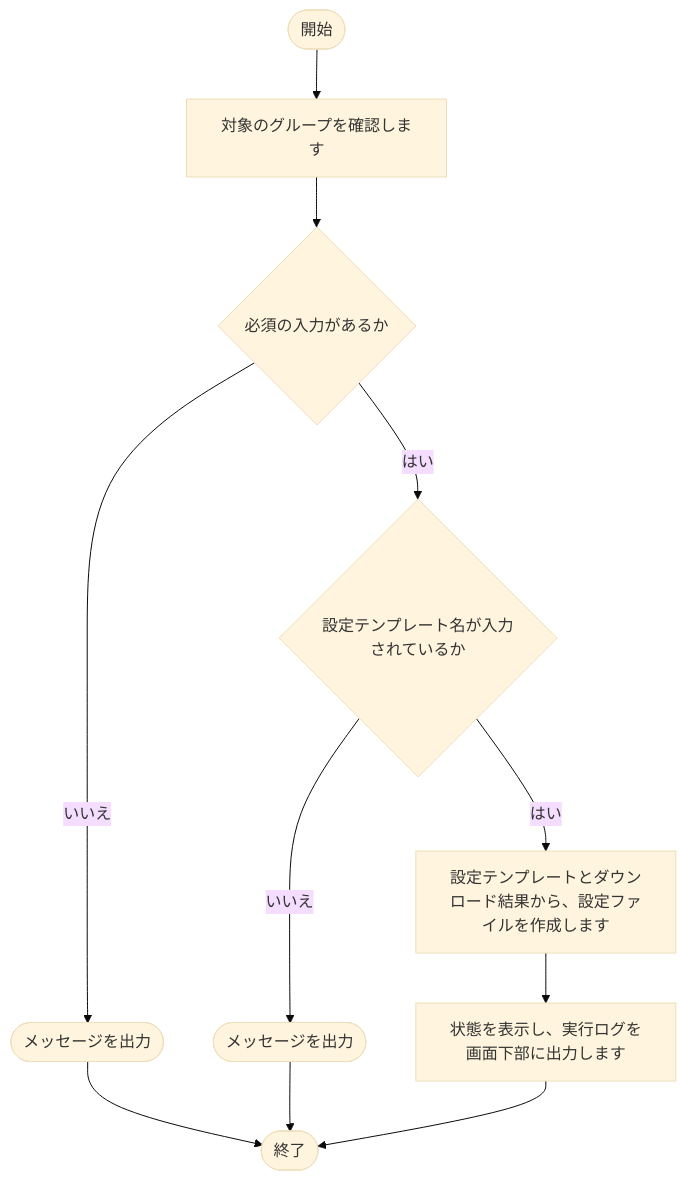
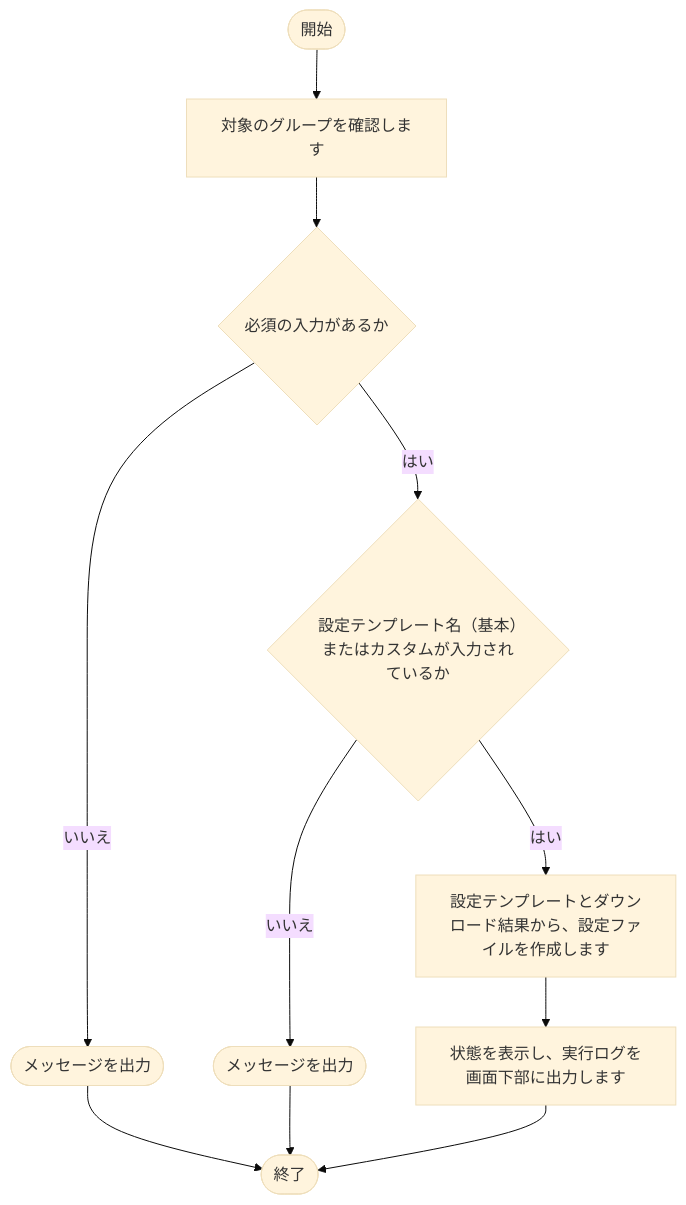
One commit to nishida2073/project_management changed the third of 15 diagrams in tool/kintone-resourse-generator/doc/02_設計/処理フロー.md. Above: the diagram before and after it, drawn with Mermaid (base theme). The commit also changed other lines of this file and 16 other files, not shown here.

````diff
--- a/tool/kintone-resourse-generator/doc/02_設計/処理フロー.md
+++ b/tool/kintone-resourse-generator/doc/02_設計/処理フロー.md
@@ -90,22 +94,22 @@
 ```mermaid
 flowchart TD
     S(["開始"])
     E(["終了"])
     N1["対象のグループを確認します"]
     S --> N1
     N2{"必須の入力があるか"}
     X2(["メッセージを出力"])
     X2 --> E
     N2 -- いいえ --> X2
     N1 --> N2
-    N3{"設定テンプレート名が入力されているか"}
+    N3{"設定テンプレート名（基本）またはカスタムが入力されているか"}
     X3(["メッセージを出力"])
     X3 --> E
     N3 -- いいえ --> X3
     N2 -- はい --> N3
     N4["設定テンプレートとダウンロード結果から、設定ファイルを作成します"]
     N3 -- はい --> N4
     N5["状態を表示し、実行ログを画面下部に出力します"]
     N4 --> N5
     N5 --> E
 ```
````
